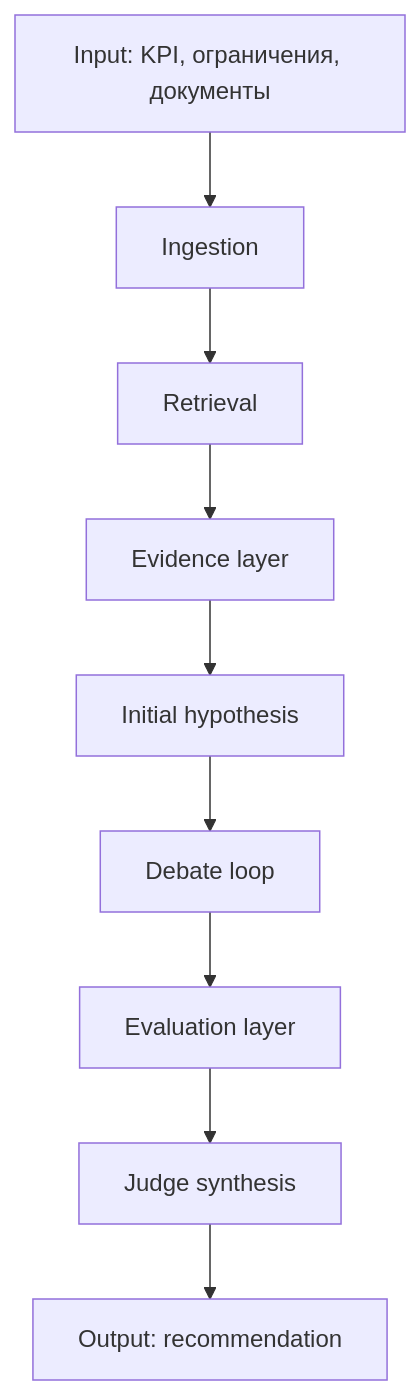
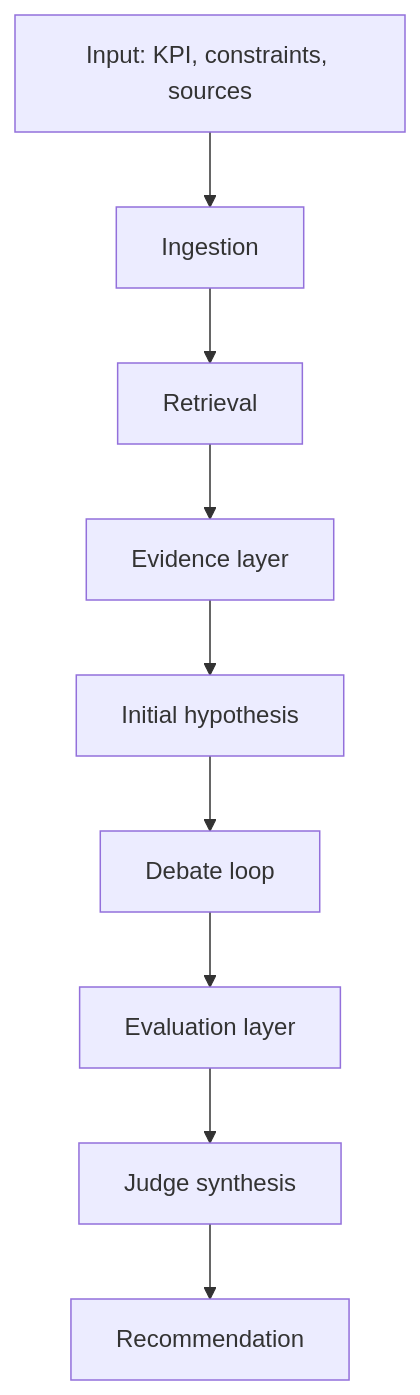
One commit to KroJIak/hypothesis-court changed the diagram in docs/product/03-Hypothesis-Pipeline.md. Above: the diagram before and after it, drawn with Mermaid. The commit also changed other lines of this file and 35 other files, not shown here.

````diff
--- a/docs/product/03-Hypothesis-Pipeline.md
+++ b/docs/product/03-Hypothesis-Pipeline.md
@@ -15,11 +15,11 @@
 ```mermaid
 flowchart TD
-    A[Input: KPI, ограничения, документы] --> B[Ingestion]
+    A[Input: KPI, constraints, sources] --> B[Ingestion]
     B --> C[Retrieval]
     C --> D[Evidence layer]
     D --> E[Initial hypothesis]
     E --> F[Debate loop]
     F --> G[Evaluation layer]
     G --> H[Judge synthesis]
-    H --> I[Output: recommendation]
+    H --> I[Recommendation]
 ```
````
